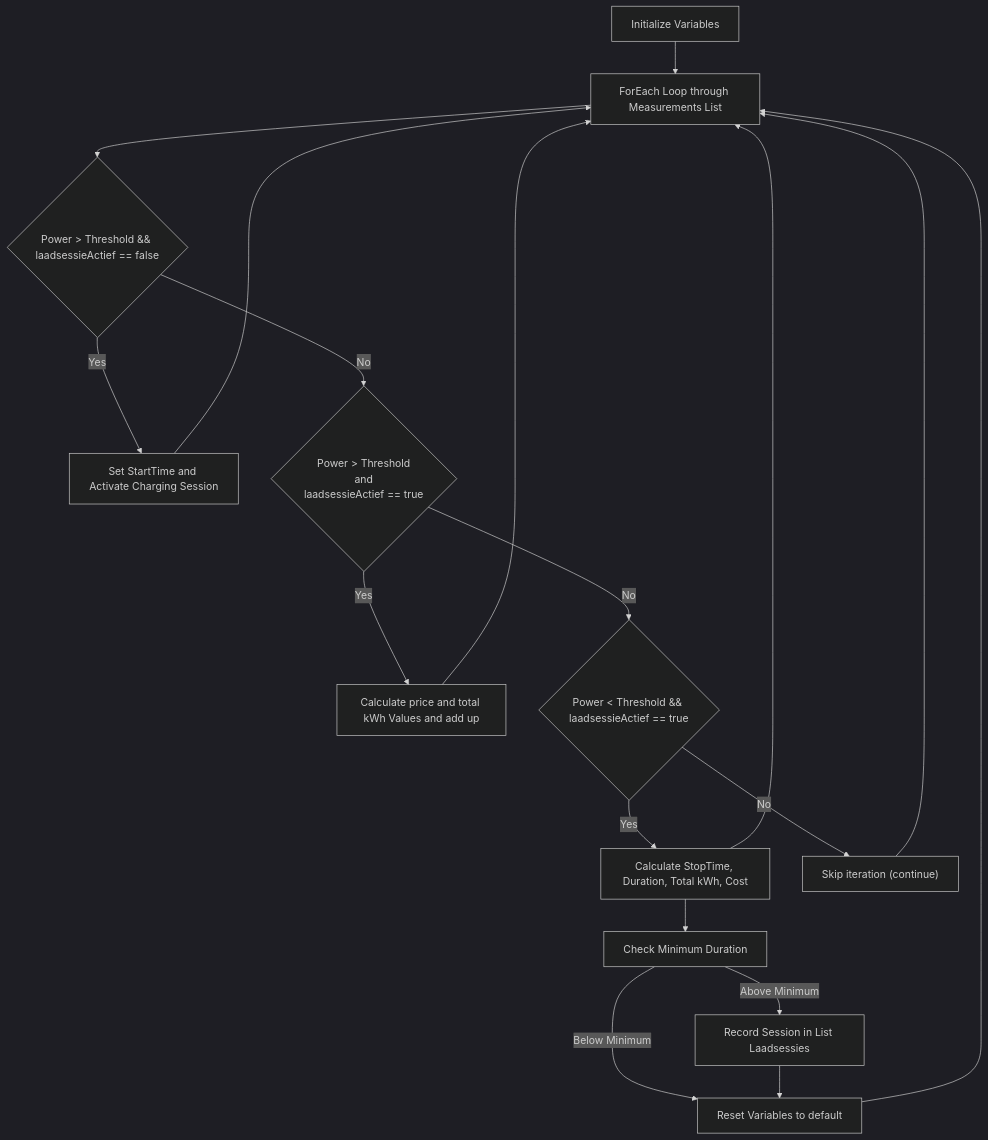
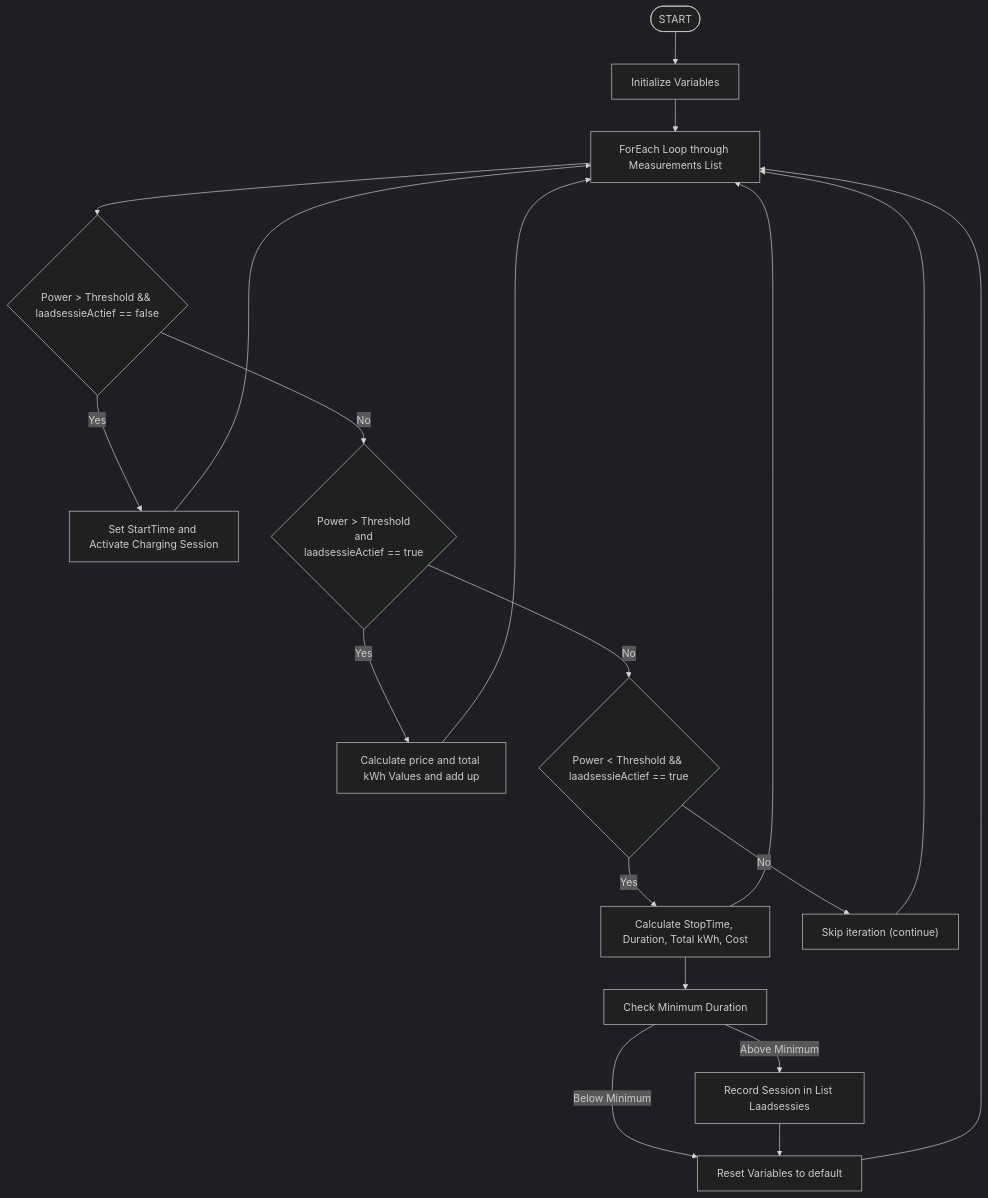
Before and after one commit to DanielvG-IT/Avans: the diagram in L1Q1 Project Smart Energy/OPDRACHT/Flowchart Algoritme.md, drawn with Mermaid (dark theme). The commit also changed 5 other files, not shown here.

````diff
--- a/L1Q1 Project Smart Energy/OPDRACHT/Flowchart Algoritme.md
+++ b/L1Q1 Project Smart Energy/OPDRACHT/Flowchart Algoritme.md
@@ -3,24 +3,25 @@
 ```mermaid
 
 flowchart TD
+    START([START]) --> Start
     Start["Initialize Variables"] --> Loop
     Loop["ForEach Loop through Measurements List"] --> CheckStart
     CheckStart{"Power > Threshold && laadsessieActief == false"}
 
     CheckStart -- "Yes" --> StartSession["Set StartTime and Activate Charging Session"] --> Loop
     CheckStart -- "No" --> CheckContinue{"Power > Threshold \nand \nlaadsessieActief == true"}
 
     CheckContinue -- "Yes" --> ContinueSession["Calculate price and total kWh Values and add up"] --> Loop
     CheckContinue -- "No" --> CheckEnd{"Power < Threshold && laadsessieActief == true"}
 
     CheckEnd -- "Yes" --> EndSession["Calculate StopTime, Duration, Total kWh, Cost"] --> Loop
     CheckEnd -- "No" --> DoNothing["Skip iteration (continue) "] --> Loop
 
     EndSession --> MinDuration["Check Minimum Duration"]
     MinDuration -- "Above Minimum" --> RecordSession["Record Session in List Laadsessies"]
     MinDuration -- "Below Minimum" --> ResetVars["Reset Variables to default"]
 
     RecordSession --> ResetVars --> Loop
 
 
 ```
````
